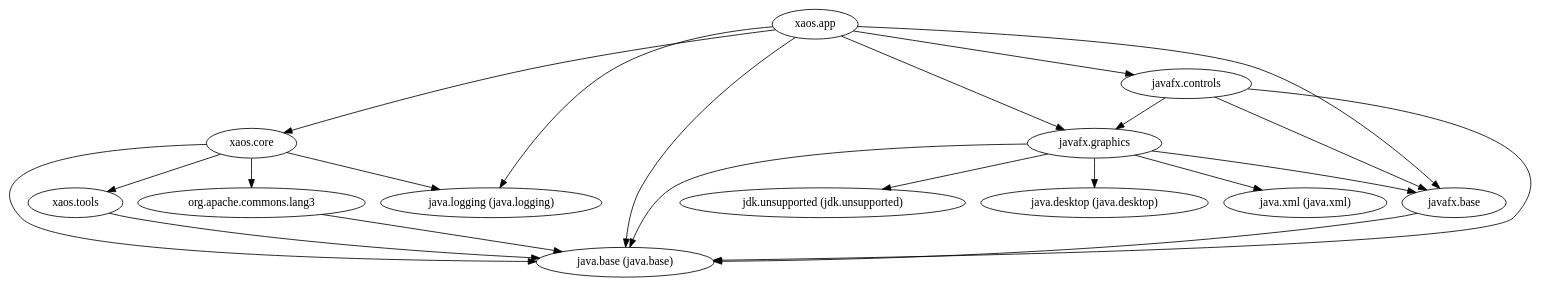
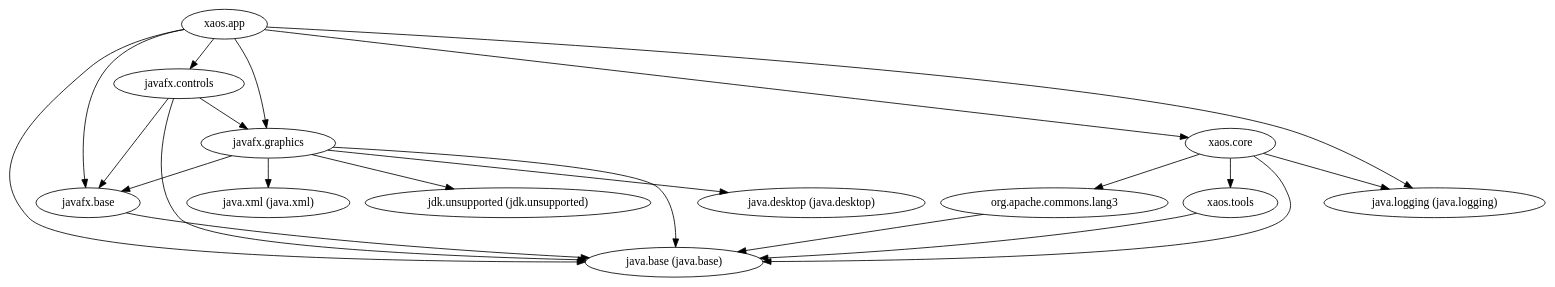
The diagram in xaos.app.module/doc/module-dependencies.dot (ESSICS/XAOS), drawn with Graphviz before and after one commit. The commit also changed other lines of this file and 54 other files, not shown here.

```diff
--- a/xaos.app.module/doc/module-dependencies.dot
+++ b/xaos.app.module/doc/module-dependencies.dot
@@ -1,23 +1,23 @@
 digraph "summary" {
-  "org.apache.commons.lang3"                         -> "java.base (java.base)";
-  "xaos.core"                                        -> "java.base (java.base)";
-  "xaos.core"                                        -> "java.logging (java.logging)";
-  "xaos.core"                                        -> "org.apache.commons.lang3";
-  "xaos.core"                                        -> "xaos.tools";
   "xaos.app"                                         -> "java.base (java.base)";
   "xaos.app"                                         -> "java.logging (java.logging)";
   "xaos.app"                                         -> "javafx.base";
   "xaos.app"                                         -> "javafx.controls";
   "xaos.app"                                         -> "javafx.graphics";
   "xaos.app"                                         -> "xaos.core";
+  "org.apache.commons.lang3"                         -> "java.base (java.base)";
   "javafx.graphics"                                  -> "java.base (java.base)";
   "javafx.graphics"                                  -> "java.desktop (java.desktop)";
   "javafx.graphics"                                  -> "java.xml (java.xml)";
   "javafx.graphics"                                  -> "javafx.base";
   "javafx.graphics"                                  -> "jdk.unsupported (jdk.unsupported)";
   "javafx.controls"                                  -> "java.base (java.base)";
   "javafx.controls"                                  -> "javafx.base";
   "javafx.controls"                                  -> "javafx.graphics";
   "javafx.base"                                      -> "java.base (java.base)";
+  "xaos.core"                                        -> "java.base (java.base)";
+  "xaos.core"                                        -> "java.logging (java.logging)";
+  "xaos.core"                                        -> "org.apache.commons.lang3";
+  "xaos.core"                                        -> "xaos.tools";
   "xaos.tools"                                       -> "java.base (java.base)";
 }
```
